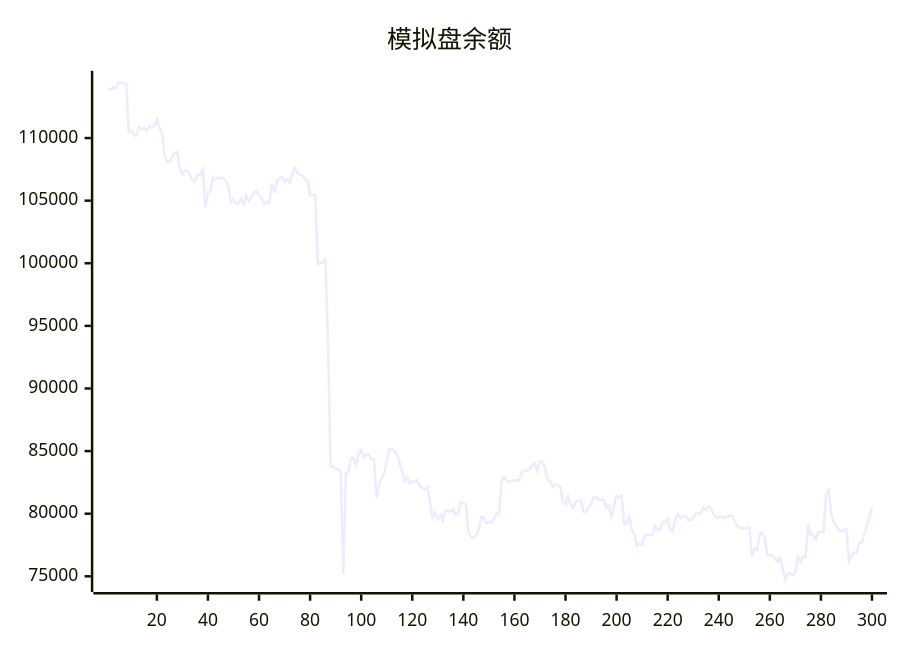
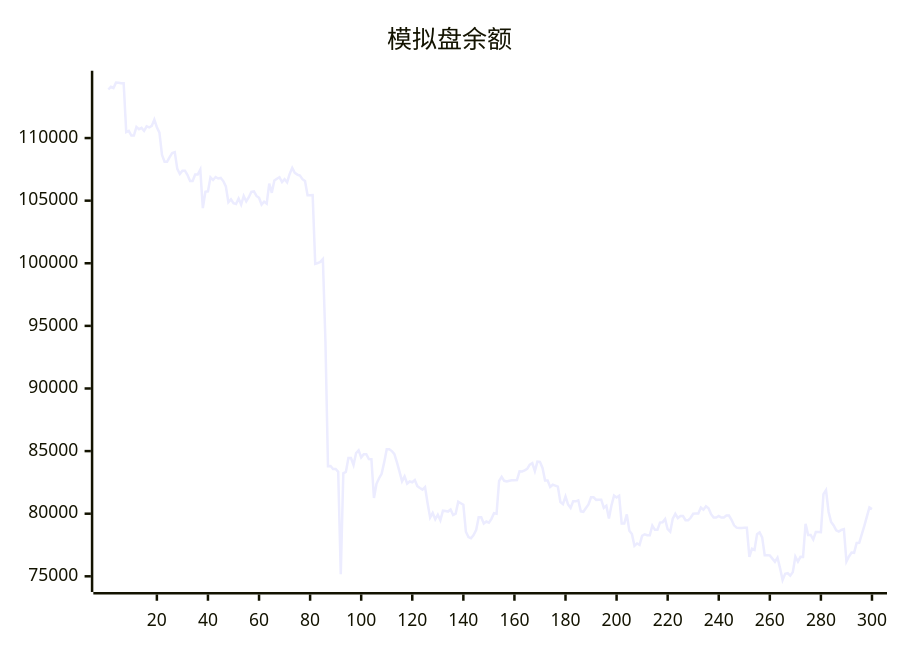
Before and after one commit to aahl/ai-trading: the diagram in README.md, drawn with Mermaid. The commit also changed other lines of this file and 1 other file, not shown here.

````diff
--- a/README.md
+++ b/README.md
@@ -5,5 +5,5 @@
 ```mermaid
 xychart
     title "模拟盘余额"
-    line [113908,113877,114091,113998,114427,114422,114384,114384,110477,110576,110198,110198,110890,110712,110812,110569,110929,110847,110968,111478,110870,110433,108661,108116,108115,108485,108797,108877,107536,107134,107393,107393,107046,106565,106565,107081,107081,107478,104404,105715,105749,106866,106651,106889,106771,106816,106565,106141,104876,105103,104796,104734,105169,104690,105380,104941,105272,105709,105739,105374,105227,104691,104924,104762,106364,105628,106608,106748,106872,106485,106721,106468,107132,107620,107224,107080,107001,106717,106567,105431,105431,105440,99950,100017,100113,100337,93749,83795,83807,83567,83567,83342,75168,83222,83336,84448,84449,83896,84839,85065,84499,84757,84757,84364,84347,81254,82385,82835,83184,84099,85150,85150,85002,84751,84096,83356,82582,82983,82404,82572,82512,82688,82200,82047,81920,82125,80840,79688,80060,79552,79920,79470,80236,80208,80170,80336,79894,80006,80954,80837,80712,78561,78139,78037,78293,78682,79720,79720,79214,79372,79279,79591,80046,79993,82625,82950,82626,82571,82633,82670,82670,82681,83386,83378,83464,83579,83920,84037,83402,84160,84142,83652,82655,82655,82145,82315,82243,82163,80934,80770,81371,80742,80468,80989,80989,81067,80191,80155,80450,80737,81309,81309,81106,81119,81119,80471,80631,79624,80670,81448,81290,81429,79212,79222,79940,78643,78380,77432,77623,77504,78235,78358,78284,78277,79048,78714,78714,79290,79308,79567,78763,78563,79603,79988,79652,79813,79813,79476,79469,79673,79995,80015,80015,80486,80314,80600,80436,79966,79689,79689,79819,79692,79692,79850,79850,79518,79071,78889,78850,78850,78878,78878,76554,77202,77103,78357,78510,78106,76678,76677,76672,76411,76159,76485,75656,74695,75197,75246,75052,75334,76564,76179,76553,76551,79196,78300,78300,77944,78531,78531,78521,81564,81884,80160,79335,79055,78675,78580,78708,78764,76179,76586,76902,76876,77658,77669,78346,79023,79769,80497]
+    line [113877,114091,113998,114427,114422,114384,114384,110477,110576,110198,110198,110890,110712,110812,110569,110929,110847,110968,111478,110870,110433,108661,108116,108115,108485,108797,108877,107536,107134,107393,107393,107046,106565,106565,107081,107081,107478,104404,105715,105749,106866,106651,106889,106771,106816,106565,106141,104876,105103,104796,104734,105169,104690,105380,104941,105272,105709,105739,105374,105227,104691,104924,104762,106364,105628,106608,106748,106872,106485,106721,106468,107132,107620,107224,107080,107001,106717,106567,105431,105431,105440,99950,100017,100113,100337,93749,83795,83807,83567,83567,83342,75168,83222,83336,84448,84449,83896,84839,85065,84499,84757,84757,84364,84347,81254,82385,82835,83184,84099,85150,85150,85002,84751,84096,83356,82582,82983,82404,82572,82512,82688,82200,82047,81920,82125,80840,79688,80060,79552,79920,79470,80236,80208,80170,80336,79894,80006,80954,80837,80712,78561,78139,78037,78293,78682,79720,79720,79214,79372,79279,79591,80046,79993,82625,82950,82626,82571,82633,82670,82670,82681,83386,83378,83464,83579,83920,84037,83402,84160,84142,83652,82655,82655,82145,82315,82243,82163,80934,80770,81371,80742,80468,80989,80989,81067,80191,80155,80450,80737,81309,81309,81106,81119,81119,80471,80631,79624,80670,81448,81290,81429,79212,79222,79940,78643,78380,77432,77623,77504,78235,78358,78284,78277,79048,78714,78714,79290,79308,79567,78763,78563,79603,79988,79652,79813,79813,79476,79469,79673,79995,80015,80015,80486,80314,80600,80436,79966,79689,79689,79819,79692,79692,79850,79850,79518,79071,78889,78850,78850,78878,78878,76554,77202,77103,78357,78510,78106,76678,76677,76672,76411,76159,76485,75656,74695,75197,75246,75052,75334,76564,76179,76553,76551,79196,78300,78300,77944,78531,78531,78521,81564,81884,80160,79335,79055,78675,78580,78708,78764,76179,76586,76902,76876,77658,77669,78346,79023,79769,80497,80366]
 ```
````
